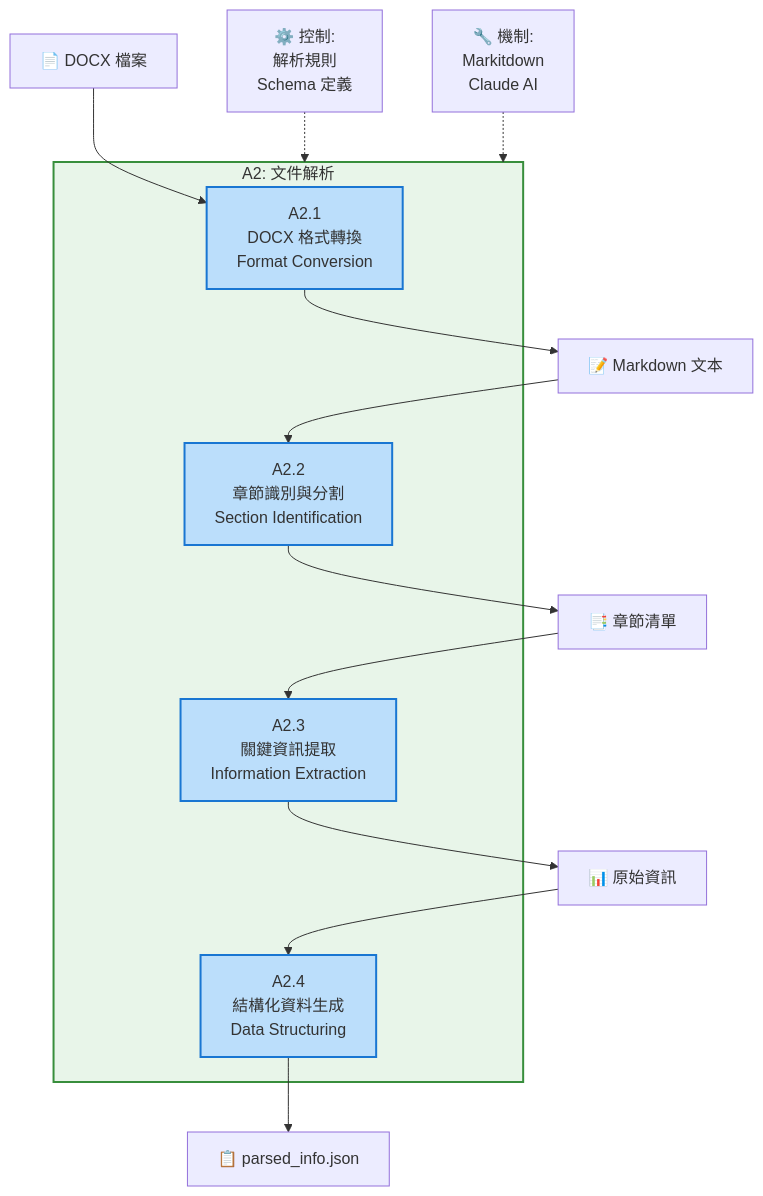
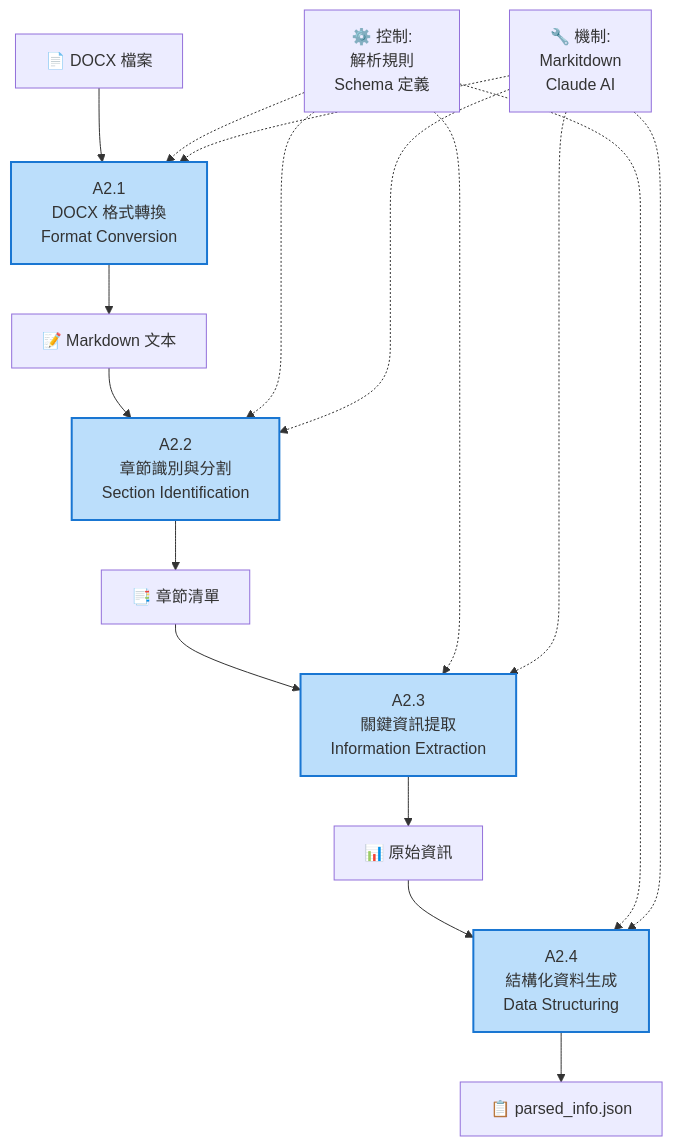
Before and after one commit to Raw1mage/PatentDrafter: the second of 4 diagrams in docs/A2_Document_Parsing_IDEF0.md, drawn with Mermaid. The commit also changed other lines of this file and 13 other files, not shown here.

First line of the commit message:
修復所有 Mermaid 圖表語法問題

````diff
--- a/docs/A2_Document_Parsing_IDEF0.md
+++ b/docs/A2_Document_Parsing_IDEF0.md
@@ -105,30 +96,34 @@
 ```mermaid
-graph TB
-    subgraph A2["A2: 文件解析"]
-        A21["A2.1<br/>DOCX 格式轉換<br/>Format Conversion"]
-        A22["A2.2<br/>章節識別與分割<br/>Section Identification"]
-        A23["A2.3<br/>關鍵資訊提取<br/>Information Extraction"]
-        A24["A2.4<br/>結構化資料生成<br/>Data Structuring"]
-    end
+flowchart TB
+    A21["A2.1<br/>DOCX 格式轉換<br/>Format Conversion"]
+    A22["A2.2<br/>章節識別與分割<br/>Section Identification"]
+    A23["A2.3<br/>關鍵資訊提取<br/>Information Extraction"]
+    A24["A2.4<br/>結構化資料生成<br/>Data Structuring"]
 
     Input["📄 DOCX 檔案"] --> A21
     A21 --> Markdown["📝 Markdown 文本"]
 
     Markdown --> A22
     A22 --> Sections["📑 章節清單"]
 
     Sections --> A23
     A23 --> RawInfo["📊 原始資訊"]
 
     RawInfo --> A24
     A24 --> JSON["📋 parsed_info.json"]
 
-    Control["⚙️ 控制:<br/>解析規則<br/>Schema 定義"] -.-> A2
-    Mechanism["🔧 機制:<br/>Markitdown<br/>Claude AI"] -.-> A2
+    Control["⚙️ 控制:<br/>解析規則<br/>Schema 定義"] -.-> A21
+    Control -.-> A22
+    Control -.-> A23
+    Control -.-> A24
 
-    style A2 fill:#E8F5E9,stroke:#388E3C,stroke-width:2px
+    Mechanism["🔧 機制:<br/>Markitdown<br/>Claude AI"] -.-> A21
+    Mechanism -.-> A22
+    Mechanism -.-> A23
+    Mechanism -.-> A24
+
     style A21 fill:#BBDEFB,stroke:#1976D2,stroke-width:2px
     style A22 fill:#BBDEFB,stroke:#1976D2,stroke-width:2px
     style A23 fill:#BBDEFB,stroke:#1976D2,stroke-width:2px
     style A24 fill:#BBDEFB,stroke:#1976D2,stroke-width:2px
 ```
````
